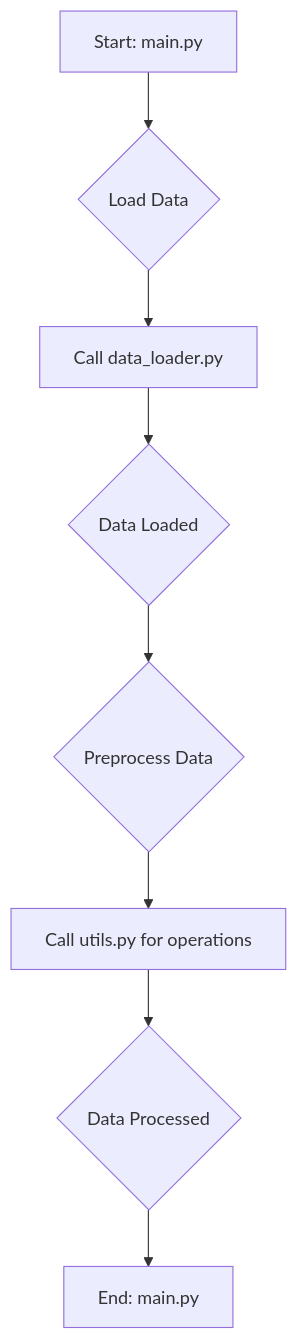
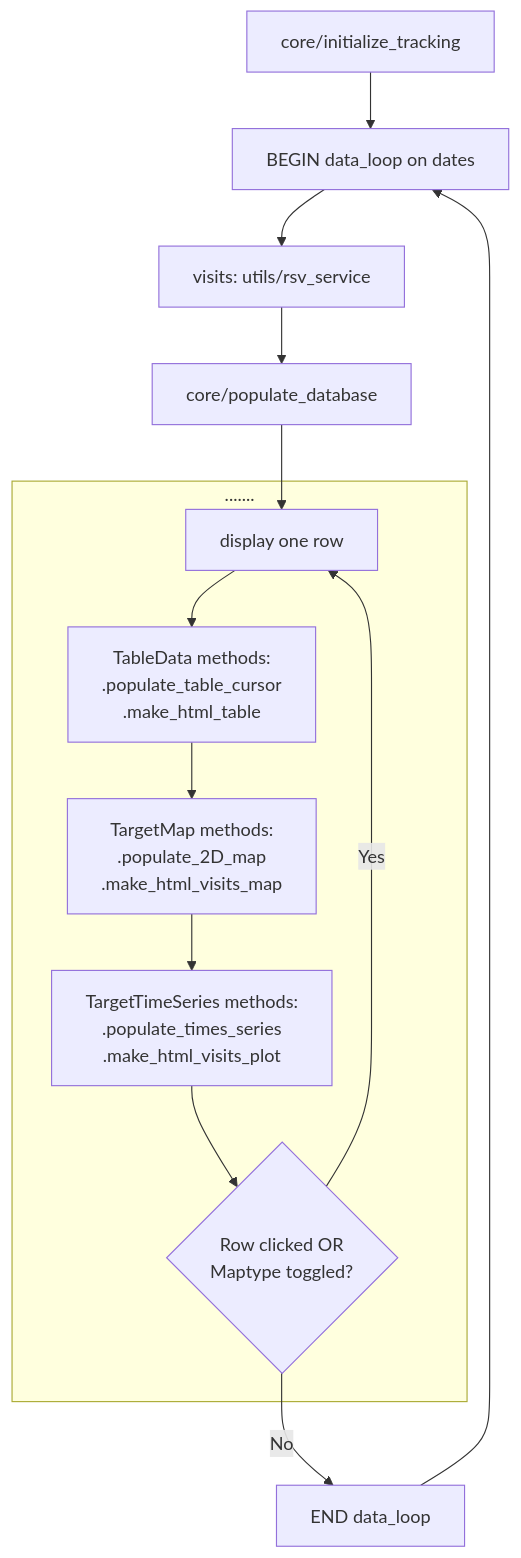
One commit to aordog/rubin-dash changed the diagram in README.md. Above: the diagram before and after it, drawn with Mermaid.

Commit message:
add workflow chart

````diff
--- a/README.md
+++ b/README.md
@@ -34,11 +34,19 @@
 ```mermaid
 graph TD
-    A[Start: main.py] --> B{Load Data};
-    B --> C[Call data_loader.py];
-    C --> D{Data Loaded};
-    D --> E{Preprocess Data};
-    E --> F[Call utils.py for operations];
-    F --> G{Data Processed};
-    G --> H[End: main.py];
+    A[core/initialize_tracking] --> B[BEGIN data_loop on dates]
+    B --> C[visits: utils/rsv_service]
+    C --> D[core/populate_database]
 
+    subgraph .......
+        E[display one row]
+        E --> F[TableData methods:<br/>.populate_table_cursor<br/>.make_html_table]
+        F --> G[TargetMap methods:<br/>.populate_2D_map<br/>.make_html_visits_map]
+        G --> H[TargetTimeSeries methods:<br/>.populate_times_series<br/>.make_html_visits_plot]
+        H --> K{Row clicked OR<br/>Maptype toggled?}
+        K -->|Yes| E
+    end
+
+    D --> E
+    K -->|No| I[END data_loop]
+    I --> B
 ```
````
